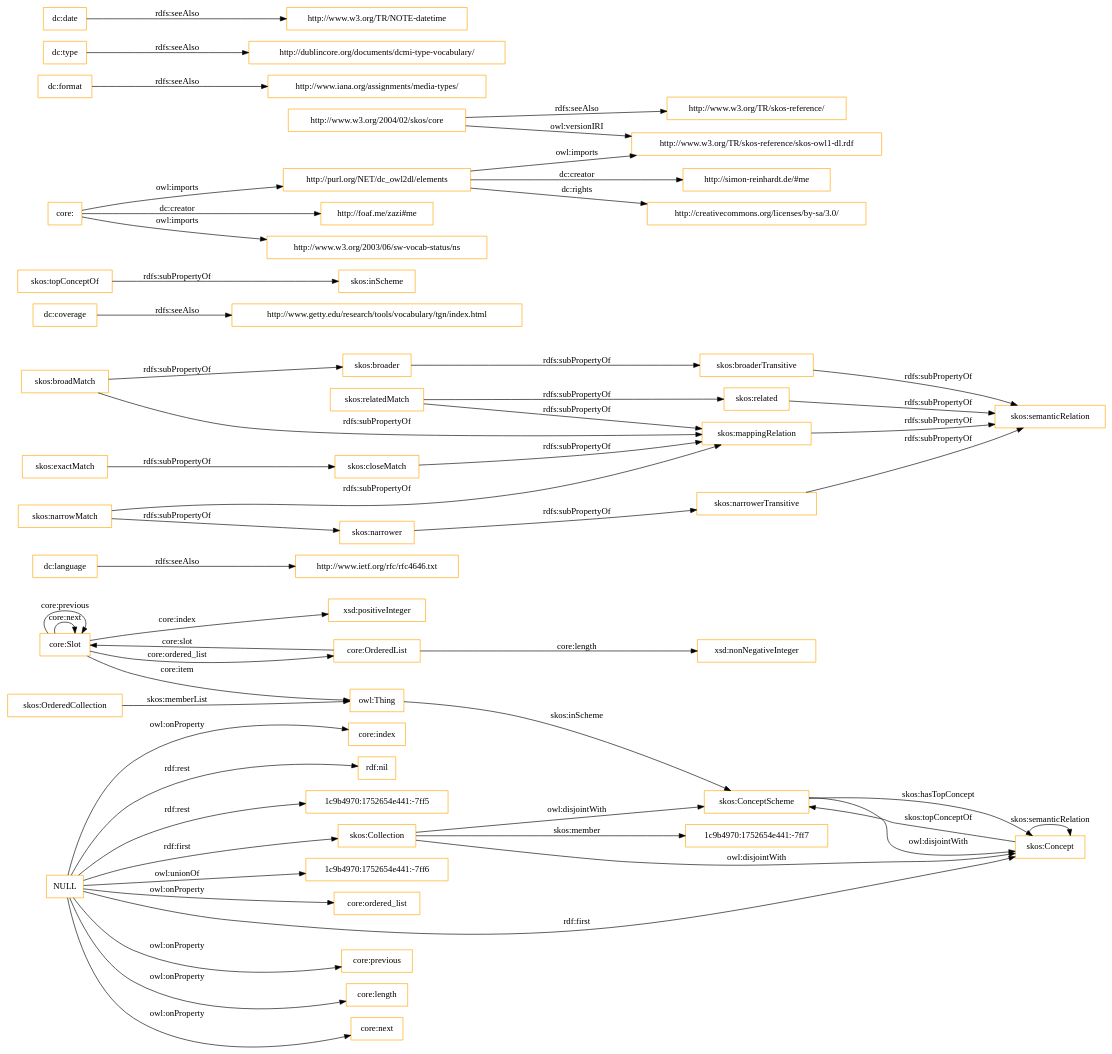
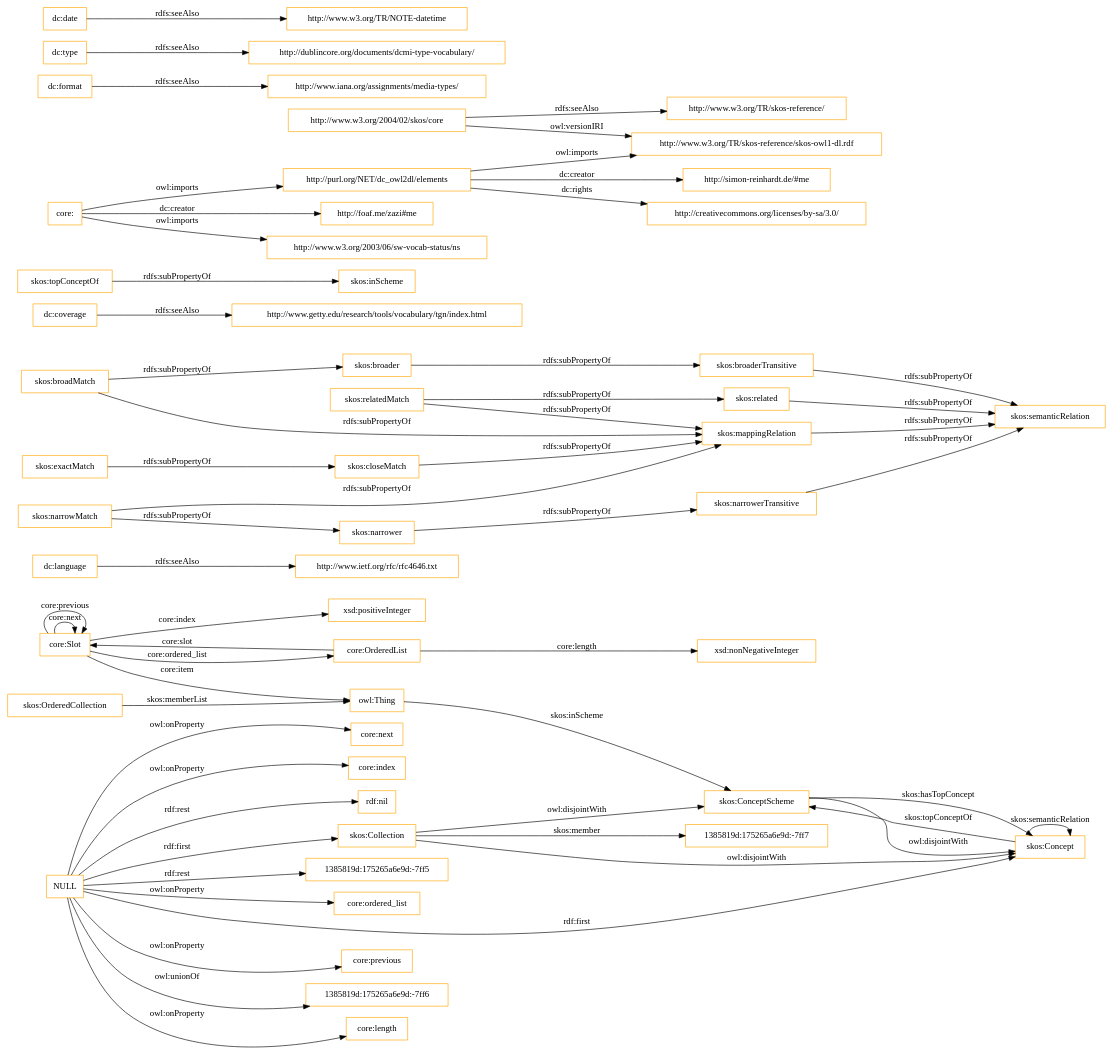
One commit to OnToologyUser/core-ontology-1 changed the diagram in OnToology/imports/core.owl/diagrams/ar2dtool-class/core.owl.png.dot. Above: the diagram before and after it, drawn with Graphviz. The commit also changed 14 other files, not shown here.

```diff
--- a/OnToology/imports/core.owl/diagrams/ar2dtool-class/core.owl.png.dot
+++ b/OnToology/imports/core.owl/diagrams/ar2dtool-class/core.owl.png.dot
@@ -1,60 +1,60 @@
 digraph ar2dtool_diagram { 
 rankdir=LR;
 size="1501"
-node [shape = rectangle, color="orange"]; "core:Slot" "core:OrderedList" "1c9b4970:1752654e441:-7ff7" "skos:OrderedCollection" "skos:Collection" "skos:ConceptScheme" "skos:Concept" ; /*classes style*/
+node [shape = rectangle, color="orange"]; "core:Slot" "core:OrderedList" "1385819d:175265a6e9d:-7ff7" "skos:OrderedCollection" "skos:Collection" "skos:ConceptScheme" "skos:Concept" ; /*classes style*/
 	"dc:language" -> "http://www.ietf.org/rfc/rfc4646.txt" [ label = "rdfs:seeAlso" ];
 	"NULL" -> "core:previous" [ label = "owl:onProperty" ];
+	"NULL" -> "1385819d:175265a6e9d:-7ff6" [ label = "owl:unionOf" ];
 	"NULL" -> "core:length" [ label = "owl:onProperty" ];
 	"NULL" -> "skos:Concept" [ label = "rdf:first" ];
 	"NULL" -> "core:next" [ label = "owl:onProperty" ];
 	"NULL" -> "core:index" [ label = "owl:onProperty" ];
 	"NULL" -> "rdf:nil" [ label = "rdf:rest" ];
-	"NULL" -> "1c9b4970:1752654e441:-7ff5" [ label = "rdf:rest" ];
-	"NULL" -> "1c9b4970:1752654e441:-7ff6" [ label = "owl:unionOf" ];
+	"NULL" -> "1385819d:175265a6e9d:-7ff5" [ label = "rdf:rest" ];
 	"NULL" -> "core:ordered_list" [ label = "owl:onProperty" ];
 	"NULL" -> "skos:Collection" [ label = "rdf:first" ];
 	"skos:closeMatch" -> "skos:mappingRelation" [ label = "rdfs:subPropertyOf" ];
 	"dc:coverage" -> "http://www.getty.edu/research/tools/vocabulary/tgn/index.html" [ label = "rdfs:seeAlso" ];
 	"skos:relatedMatch" -> "skos:related" [ label = "rdfs:subPropertyOf" ];
 	"skos:relatedMatch" -> "skos:mappingRelation" [ label = "rdfs:subPropertyOf" ];
 	"skos:ConceptScheme" -> "skos:Concept" [ label = "owl:disjointWith" ];
 	"skos:related" -> "skos:semanticRelation" [ label = "rdfs:subPropertyOf" ];
 	"skos:topConceptOf" -> "skos:inScheme" [ label = "rdfs:subPropertyOf" ];
 	"skos:broadMatch" -> "skos:broader" [ label = "rdfs:subPropertyOf" ];
 	"skos:broadMatch" -> "skos:mappingRelation" [ label = "rdfs:subPropertyOf" ];
 	"http://purl.org/NET/dc_owl2dl/elements" -> "http://www.w3.org/TR/skos-reference/skos-owl1-dl.rdf" [ label = "owl:imports" ];
 	"http://purl.org/NET/dc_owl2dl/elements" -> "http://creativecommons.org/licenses/by-sa/3.0/" [ label = "dc:rights" ];
 	"http://purl.org/NET/dc_owl2dl/elements" -> "http://simon-reinhardt.de/#me" [ label = "dc:creator" ];
 	"skos:exactMatch" -> "skos:closeMatch" [ label = "rdfs:subPropertyOf" ];
 	"dc:format" -> "http://www.iana.org/assignments/media-types/" [ label = "rdfs:seeAlso" ];
 	"core:" -> "http://foaf.me/zazi#me" [ label = "dc:creator" ];
 	"core:" -> "http://www.w3.org/2003/06/sw-vocab-status/ns" [ label = "owl:imports" ];
 	"core:" -> "http://purl.org/NET/dc_owl2dl/elements" [ label = "owl:imports" ];
 	"skos:broaderTransitive" -> "skos:semanticRelation" [ label = "rdfs:subPropertyOf" ];
 	"skos:mappingRelation" -> "skos:semanticRelation" [ label = "rdfs:subPropertyOf" ];
 	"skos:broader" -> "skos:broaderTransitive" [ label = "rdfs:subPropertyOf" ];
 	"dc:type" -> "http://dublincore.org/documents/dcmi-type-vocabulary/" [ label = "rdfs:seeAlso" ];
 	"http://www.w3.org/2004/02/skos/core" -> "http://www.w3.org/TR/skos-reference/skos-owl1-dl.rdf" [ label = "owl:versionIRI" ];
 	"http://www.w3.org/2004/02/skos/core" -> "http://www.w3.org/TR/skos-reference/" [ label = "rdfs:seeAlso" ];
 	"skos:Collection" -> "skos:ConceptScheme" [ label = "owl:disjointWith" ];
 	"skos:Collection" -> "skos:Concept" [ label = "owl:disjointWith" ];
 	"skos:narrowMatch" -> "skos:narrower" [ label = "rdfs:subPropertyOf" ];
 	"skos:narrowMatch" -> "skos:mappingRelation" [ label = "rdfs:subPropertyOf" ];
 	"skos:narrower" -> "skos:narrowerTransitive" [ label = "rdfs:subPropertyOf" ];
 	"dc:date" -> "http://www.w3.org/TR/NOTE-datetime" [ label = "rdfs:seeAlso" ];
 	"skos:narrowerTransitive" -> "skos:semanticRelation" [ label = "rdfs:subPropertyOf" ];
 	"core:Slot" -> "xsd:positiveInteger" [ label = "core:index" ];
 	"skos:Concept" -> "skos:ConceptScheme" [ label = "skos:topConceptOf" ];
 	"core:Slot" -> "owl:Thing" [ label = "core:item" ];
 	"core:OrderedList" -> "xsd:nonNegativeInteger" [ label = "core:length" ];
 	"core:OrderedList" -> "core:Slot" [ label = "core:slot" ];
-	"skos:Collection" -> "1c9b4970:1752654e441:-7ff7" [ label = "skos:member" ];
+	"skos:Collection" -> "1385819d:175265a6e9d:-7ff7" [ label = "skos:member" ];
 	"core:Slot" -> "core:Slot" [ label = "core:next" ];
 	"skos:ConceptScheme" -> "skos:Concept" [ label = "skos:hasTopConcept" ];
 	"owl:Thing" -> "skos:ConceptScheme" [ label = "skos:inScheme" ];
 	"core:Slot" -> "core:Slot" [ label = "core:previous" ];
 	"skos:OrderedCollection" -> "owl:Thing" [ label = "skos:memberList" ];
 	"skos:Concept" -> "skos:Concept" [ label = "skos:semanticRelation" ];
 	"core:Slot" -> "core:OrderedList" [ label = "core:ordered_list" ];
 
 }
```
